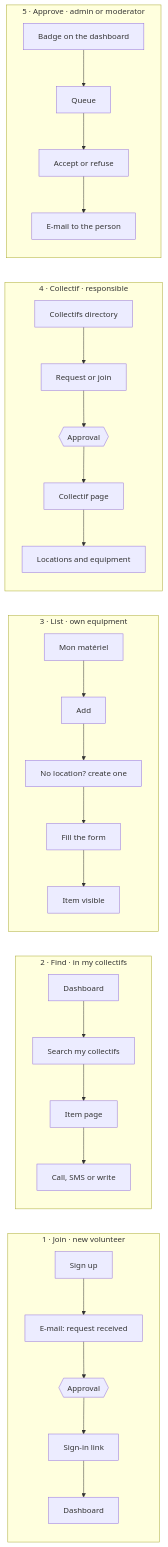
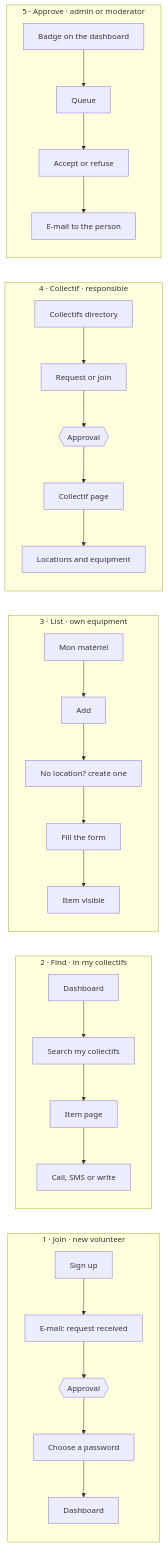
One commit to CollectiFrog/InventAssos changed the second of 2 diagrams in docs/dev/architecture/ui.md. Above: the diagram before and after it, drawn with Mermaid. The commit also changed other lines of this file and 68 other files, not shown here.

````diff
--- a/docs/dev/architecture/ui.md
+++ b/docs/dev/architecture/ui.md
@@ -115,18 +124,18 @@
 ```mermaid
 flowchart LR
   subgraph j1[1 · Join · new volunteer]
-    a1[Sign up] --> a2[E-mail: request received] --> a3{{Approval}} --> a4[Sign-in link] --> a5[Dashboard]
+    a1[Sign up] --> a2[E-mail: request received] --> a3{{Approval}} --> a4[Choose a password] --> a5[Dashboard]
   end
   subgraph j2[2 · Find · in my collectifs]
     b1[Dashboard] --> b2[Search my collectifs] --> b3[Item page] --> b4[Call, SMS or write]
   end
   subgraph j3[3 · List · own equipment]
     c1[Mon matériel] --> c2[Add] --> c3[No location? create one] --> c4[Fill the form] --> c5[Item visible]
   end
   subgraph j4[4 · Collectif · responsible]
     d1[Collectifs directory] --> d2[Request or join] --> d3{{Approval}} --> d4[Collectif page] --> d5[Locations and equipment]
   end
   subgraph j5[5 · Approve · admin or moderator]
     e1[Badge on the dashboard] --> e2[Queue] --> e3[Accept or refuse] --> e4[E-mail to the person]
   end
 ```
````
